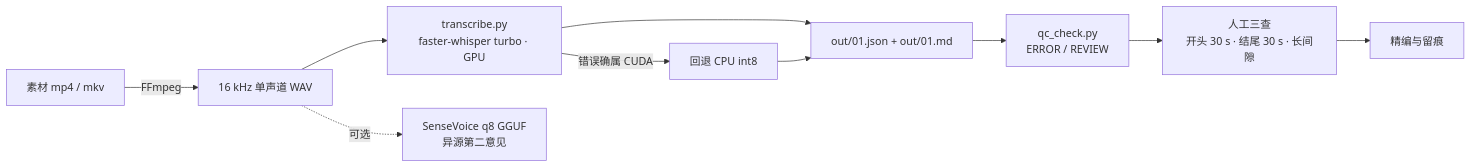
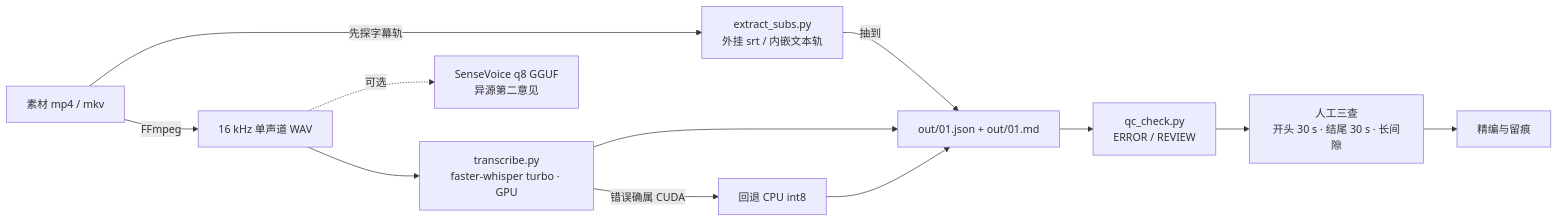
One commit to ChenChen913/asr-transcription-skill changed the diagram in README.md. Above: the diagram before and after it, drawn with Mermaid. The commit also changed other lines of this file and 12 other files, not shown here.

````diff
--- a/README.md
+++ b/README.md
@@ -17,12 +17,14 @@
 ```mermaid
 flowchart LR
-    A["素材 mp4 / mkv"] -->|FFmpeg| B["16 kHz 单声道 WAV"]
+    A["素材 mp4 / mkv"] -->|"先探字幕轨"| S["extract_subs.py<br/>外挂 srt / 内嵌文本轨"]
+    A -->|FFmpeg| B["16 kHz 单声道 WAV"]
+    S -->|抽到| D["out/01.json + out/01.md"]
     B --> C["transcribe.py<br/>faster-whisper turbo · GPU"]
     C -->|"错误确属 CUDA"| C2["回退 CPU int8"]
-    C --> D["out/01.json + out/01.md"]
+    C --> D
     C2 --> D
     D --> E["qc_check.py<br/>ERROR / REVIEW"]
     E --> F["人工三查<br/>开头 30 s · 结尾 30 s · 长间隙"]
     F --> G["精编与留痕"]
     B -.->|可选| H["SenseVoice q8 GGUF<br/>异源第二意见"]
 ```
````
